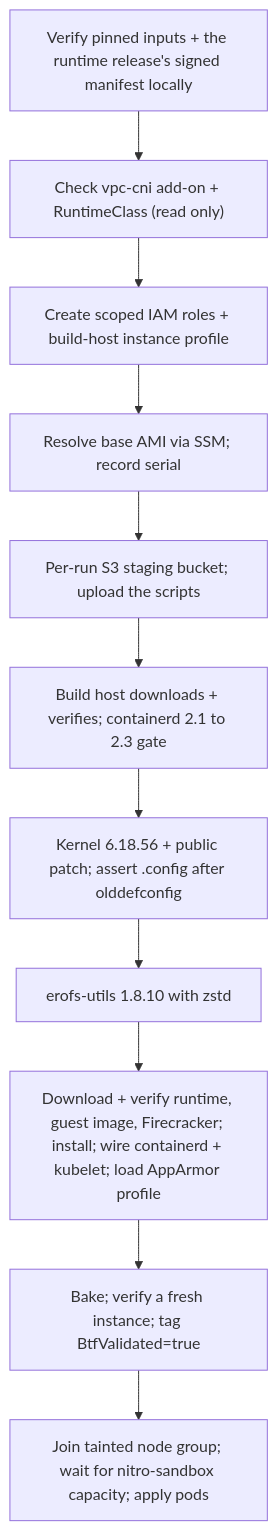
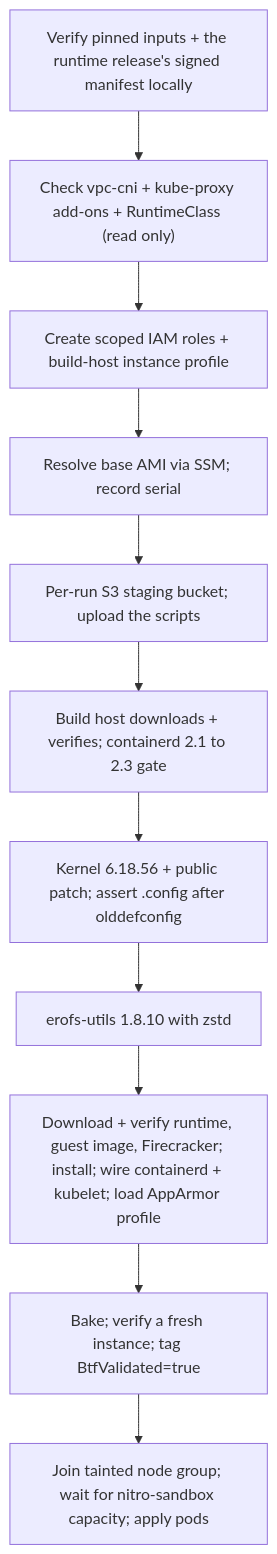
Before and after one commit to aws-samples/sample-eks-nitro-sandbox: the second of 2 diagrams in examples/setup/ubuntu-ami/README.md, drawn with Mermaid. The commit also changed other lines of this file and 7 other files, not shown here.

First line of the commit message:
ubuntu-ami: name kube-proxy as the third shared prerequisite (#245) (#269)

````diff
--- a/examples/setup/ubuntu-ami/README.md
+++ b/examples/setup/ubuntu-ami/README.md
@@ -367,13 +368,13 @@
 ```mermaid
 flowchart TB
-  P["Verify pinned inputs + the runtime release's signed manifest locally"] --> Q["Check vpc-cni add-on + RuntimeClass (read only)"]
+  P["Verify pinned inputs + the runtime release's signed manifest locally"] --> Q["Check vpc-cni + kube-proxy add-ons + RuntimeClass (read only)"]
   Q --> Z["Create scoped IAM roles + build-host instance profile"]
   Z --> A["Resolve base AMI via SSM; record serial"]
   A --> S["Per-run S3 staging bucket; upload the scripts"]
   S --> B["Build host downloads + verifies; containerd 2.1 to 2.3 gate"]
   B --> C["Kernel 6.18.56 + public patch; assert .config after olddefconfig"]
   C --> D["erofs-utils 1.8.10 with zstd"]
   D --> G["Download + verify runtime, guest image, Firecracker; install; wire containerd + kubelet; load AppArmor profile"]
   G --> H["Bake; verify a fresh instance; tag BtfValidated=true"]
   H --> I["Join tainted node group; wait for nitro-sandbox capacity; apply pods"]
 ```
````
